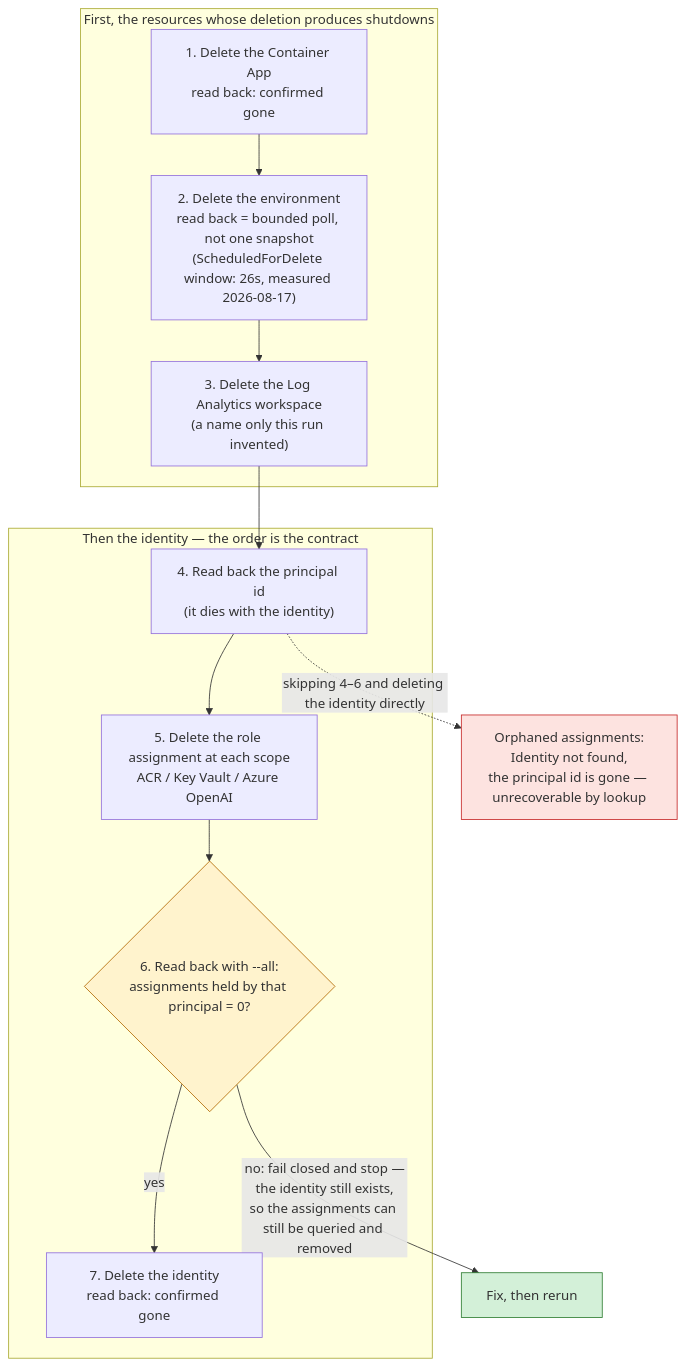
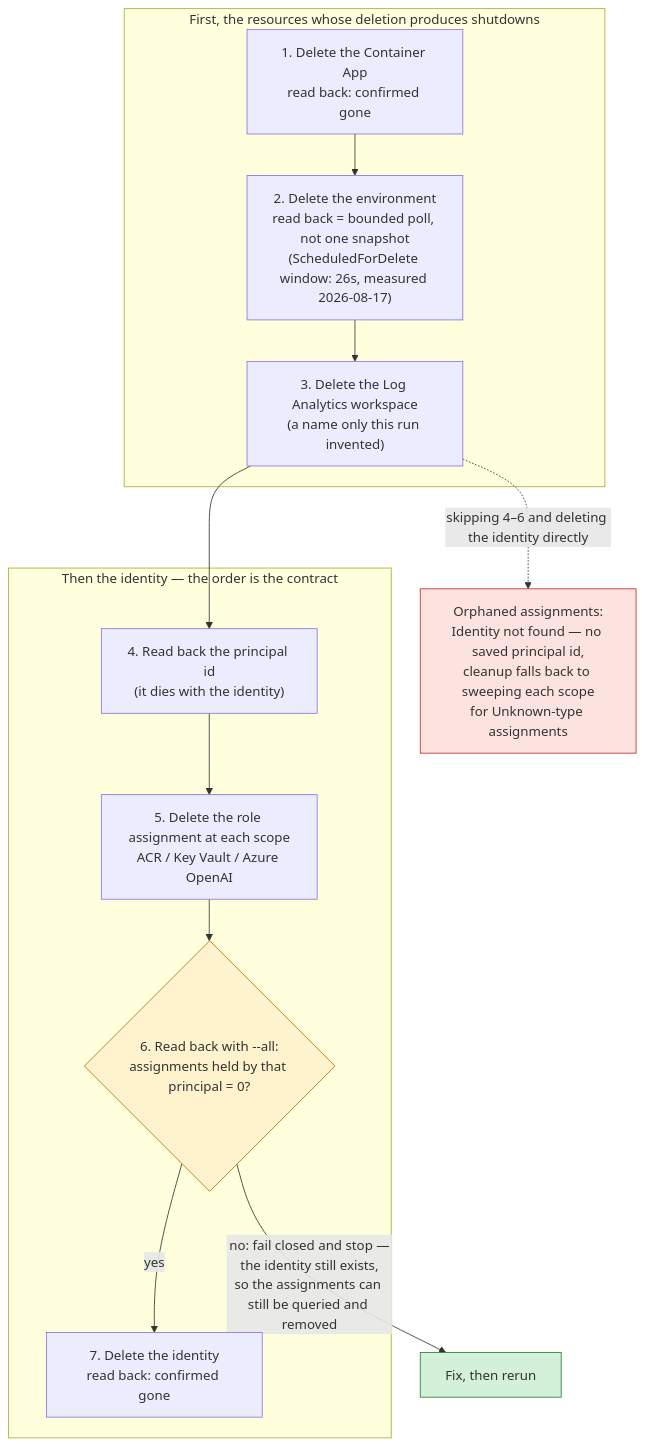
The diagram in docs/diagrams/aca-teardown-order.md (kehao-playground/azure-genai-backend-lab), drawn with Mermaid before and after one commit. The commit also changed other lines of this file and 3 other files, not shown here.

````diff
--- a/docs/diagrams/aca-teardown-order.md
+++ b/docs/diagrams/aca-teardown-order.md
@@ -20,21 +21,21 @@
 ```mermaid
 flowchart TB
     subgraph app["First, the resources whose deletion produces shutdowns"]
         S1["1. Delete the Container App<br/>read back: confirmed gone"]
         S2["2. Delete the environment<br/>read back = bounded poll, not one snapshot<br/>(ScheduledForDelete window: 26s, measured 2026-08-17)"]
         S3["3. Delete the Log Analytics workspace<br/>(a name only this run invented)"]
     end
     subgraph mi["Then the identity — the order is the contract"]
         S4["4. Read back the principal id<br/>(it dies with the identity)"]
         S5["5. Delete the role assignment at each scope<br/>ACR / Key Vault / Azure OpenAI"]
         S6{"6. Read back with --all:<br/>assignments held by that principal = 0?"}
         S7["7. Delete the identity<br/>read back: confirmed gone"]
     end
     S1 --> S2 --> S3 --> S4 --> S5 --> S6
     S6 -->|"yes"| S7
     S6 -->|"no: fail closed and stop —<br/>the identity still exists,<br/>so the assignments can still be queried and removed"| STOP["Fix, then rerun"]
-    S4 -.->|"skipping 4–6 and deleting the identity directly"| ORPHAN["Orphaned assignments:<br/>Identity not found,<br/>the principal id is gone — unrecoverable by lookup"]
+    S3 -.->|"skipping 4–6 and deleting the identity directly"| ORPHAN["Orphaned assignments:<br/>Identity not found — no saved principal id,<br/>cleanup falls back to sweeping each scope<br/>for Unknown-type assignments"]
     style S6 fill:#fff3cd,stroke:#b26a00
     style STOP fill:#d3f0d8,stroke:#2e7d32
     style ORPHAN fill:#fde3e0,stroke:#c62828
 ```
````
